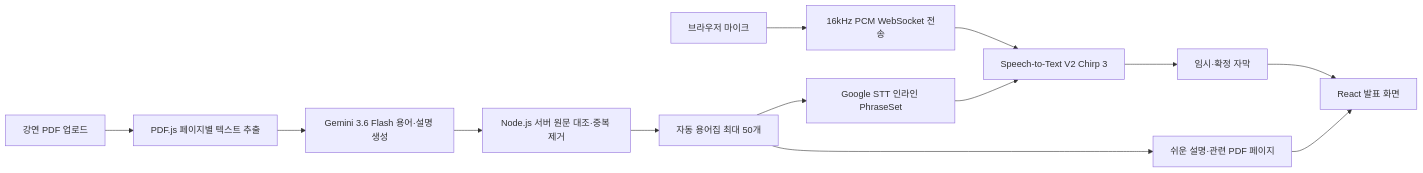
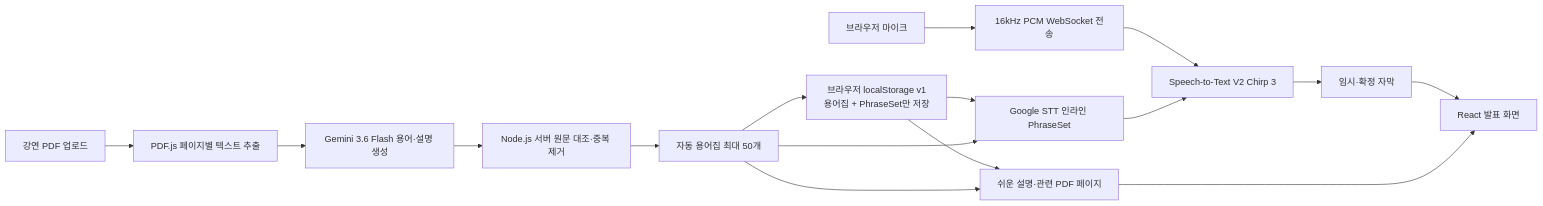
The diagram in README.md (nsjjjjjj/lecture-context-ai), drawn with Mermaid before and after one commit. The commit also changed other lines of this file and 9 other files, not shown here.

````diff
--- a/README.md
+++ b/README.md
@@ -25,15 +27,18 @@
 ```mermaid
 flowchart LR
     A["강연 PDF 업로드"] --> B["PDF.js 페이지별 텍스트 추출"]
     B --> C["Gemini 3.6 Flash 용어·설명 생성"]
     C --> D["Node.js 서버 원문 대조·중복 제거"]
     D --> E["자동 용어집 최대 50개"]
+    E --> M["브라우저 localStorage v1<br/>용어집 + PhraseSet만 저장"]
+    M --> F
+    M --> K
     E --> F["Google STT 인라인 PhraseSet"]
     G["브라우저 마이크"] --> H["16kHz PCM WebSocket 전송"]
     H --> I["Speech-to-Text V2 Chirp 3"]
     F --> I
     I --> J["임시·확정 자막"]
     E --> K["쉬운 설명·관련 PDF 페이지"]
     J --> L["React 발표 화면"]
     K --> L
 ```
````
